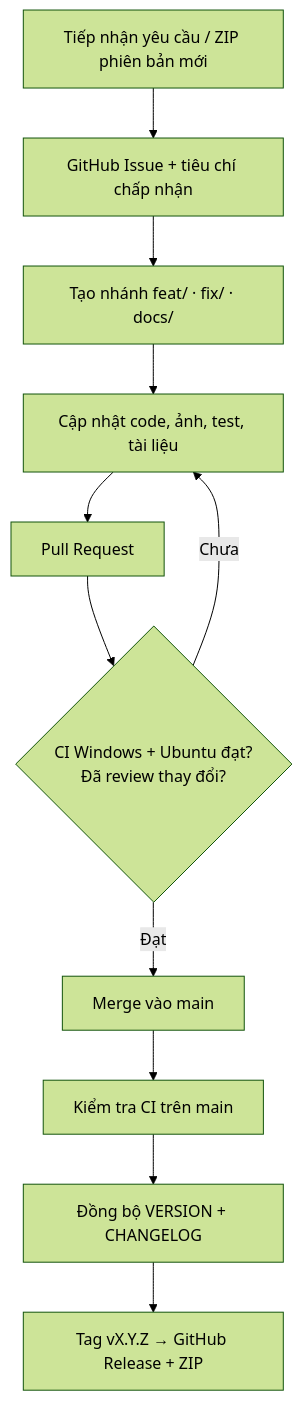
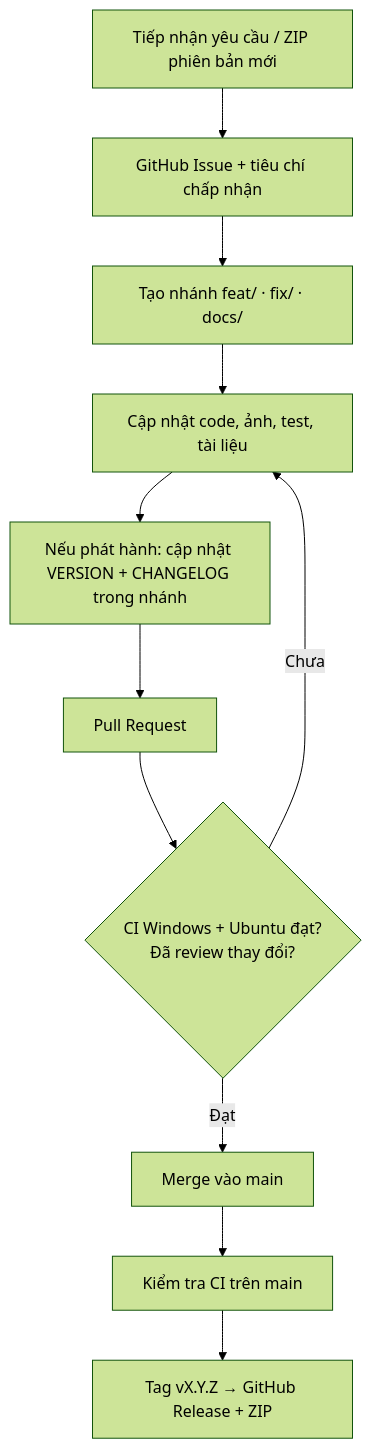
One commit to s2005on/-math-book-store changed the second of 2 diagrams in README.md. Above: the diagram before and after it, drawn with Mermaid (forest theme).

Commit message:
docs: ensure release version changes are reviewed before merge

````diff
--- a/README.md
+++ b/README.md
@@ -83,13 +83,13 @@
 ```mermaid
 flowchart TD
     A["Tiếp nhận yêu cầu / ZIP phiên bản mới"] --> B["GitHub Issue + tiêu chí chấp nhận"]
     B --> C["Tạo nhánh feat/ · fix/ · docs/"]
     C --> D["Cập nhật code, ảnh, test, tài liệu"]
-    D --> E["Pull Request"]
-    E --> F{"CI Windows + Ubuntu đạt?<br/>Đã review thay đổi?"}
-    F -->|"Chưa"| D
-    F -->|"Đạt"| G["Merge vào main"]
-    G --> H["Kiểm tra CI trên main"]
-    H --> I["Đồng bộ VERSION + CHANGELOG"]
+    D --> E["Nếu phát hành: cập nhật VERSION + CHANGELOG trong nhánh"]
+    E --> F["Pull Request"]
+    F --> G{"CI Windows + Ubuntu đạt?<br/>Đã review thay đổi?"}
+    G -->|"Chưa"| D
+    G -->|"Đạt"| H["Merge vào main"]
+    H --> I["Kiểm tra CI trên main"]
     I --> J["Tag vX.Y.Z → GitHub Release + ZIP"]
 ```
````
